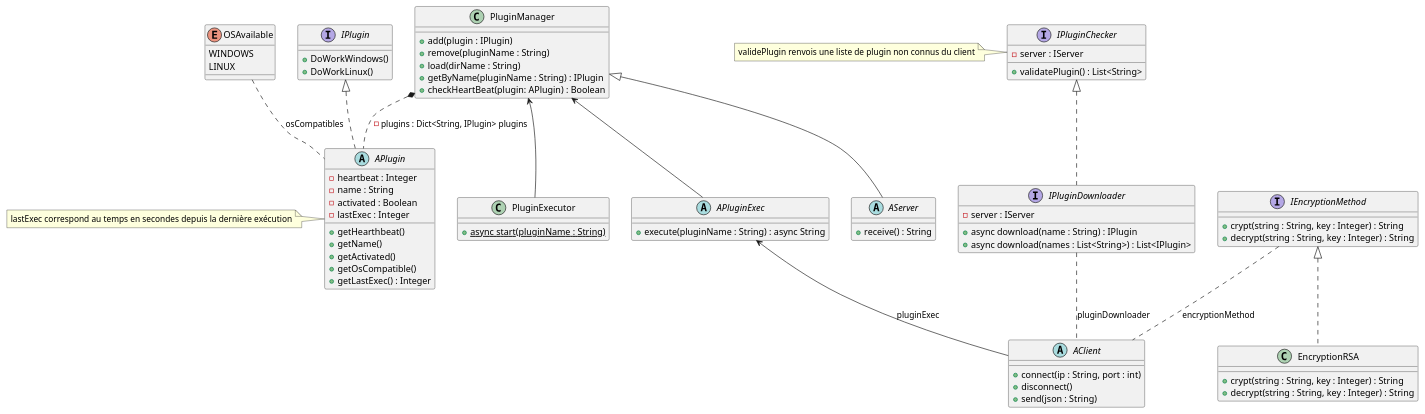
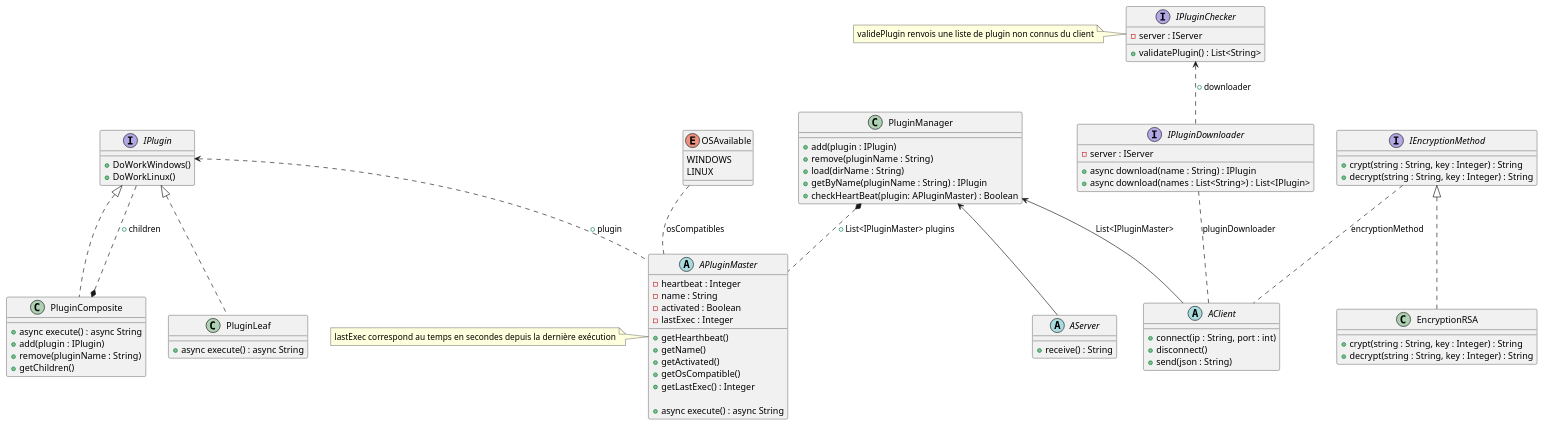
Before and after one commit to rachartier/HAL: the diagram in documents/diagrammeuml.puml, drawn with PlantUML.

Commit message:
modification uml

```diff
--- a/documents/diagrammeuml.puml
+++ b/documents/diagrammeuml.puml
@@ -1,93 +1,105 @@
 @startuml
 
-together {
-interface IPlugin {
-	+DoWorkWindows()	
-	+DoWorkLinux()	
-}
+	abstract AServer {
+		+receive() : String
+	}
 
-abstract APlugin {
-	-heartbeat : Integer
-	-name : String 
-	-activated : Boolean
-	-lastExec : Integer
-
-	+getHearthbeat()
-	+getName()
-	+getActivated()
-	+getOsCompatible()
-	+getLastExec() : Integer
-}
-note left: lastExec correspond au temps en secondes depuis la dernière exécution
-
-class PluginExecutor {
-	+{static} async start(pluginName : String) 
-}
-
-enum OSAvailable {
-	WINDOWS
-	LINUX
-}
-
-class PluginManager {
-	+add(plugin : IPlugin)
-	+remove(pluginName : String)
-	+load(dirName : String)
-	+getByName(pluginName : String) : IPlugin
-	+checkHeartBeat(plugin: APlugin) : Boolean
-}
-}
 abstract AClient {
 	+connect(ip : String, port : int)
 	+disconnect()
 	+send(json : String)
 }
 
-abstract APluginExec {	
-	+execute(pluginName : String) : async String
+together {
+	class PluginManager {
+		+add(plugin : IPlugin)
+		+remove(pluginName : String)
+		+load(dirName : String)
+		+getByName(pluginName : String) : IPlugin
+		+checkHeartBeat(plugin: APluginMaster) : Boolean
+	}
+
+	together {
+
+	enum OSAvailable {
+		WINDOWS
+		LINUX
+	}
+		interface IPlugin {
+			+DoWorkWindows()	
+			+DoWorkLinux()	
+		}
+
+		abstract APluginMaster {
+			-heartbeat : Integer
+			-name : String 
+			-activated : Boolean
+			-lastExec : Integer
+
+			+getHearthbeat()
+			+getName()
+			+getActivated()
+			+getOsCompatible()
+			+getLastExec() : Integer
+
+			+async execute() : async String
+		}
+		note left: lastExec correspond au temps en secondes depuis la dernière exécution
+
+		class PluginComposite {
+			+async execute() : async String
+			+add(plugin : IPlugin)
+			+remove(pluginName : String)
+			+getChildren()
+		}
+
+		class PluginLeaf {
+			+async execute() : async String
+		}
+	}	
 }
 
 interface IPluginDownloader {
 	-server : IServer
 	+async download(name : String) : IPlugin
 	+async download(names : List<String>) : List<IPlugin>
 }
 
 interface IPluginChecker {
 	-server : IServer
 	+validatePlugin() : List<String>
 }
 note left: validePlugin renvois une liste de plugin non connus du client
 
-abstract AServer {
-	+receive() : String
-}
+together {
+	interface IEncryptionMethod {
+		+crypt(string : String, key : Integer) : String 
+		+decrypt(string : String, key : Integer) : String
+	}
 
-interface IEncryptionMethod {
-	+crypt(string : String, key : Integer) : String 
-	+decrypt(string : String, key : Integer) : String
-}
-
-class EncryptionRSA {
-	+crypt(string : String, key : Integer) : String 
-	+decrypt(string : String, key : Integer) : String
+	class EncryptionRSA {
+		+crypt(string : String, key : Integer) : String 
+		+decrypt(string : String, key : Integer) : String
+	}
 }
 
 IPluginDownloader .. AClient : pluginDownloader
 IEncryptionMethod .. AClient : encryptionMethod 
 
-IPlugin <|.. APlugin
-IPluginChecker <|.. IPluginDownloader 
+IPluginChecker <.. IPluginDownloader : +downloader
 
 IEncryptionMethod <|.. EncryptionRSA
 
-PluginManager <|-- AServer
+PluginManager <-- AServer
+PluginManager *.. APluginMaster : +List<IPluginMaster> plugins
 
-PluginManager <-- PluginExecutor
-PluginManager *.. APlugin : -plugins : Dict<String, IPlugin> plugins
+IPlugin <.. APluginMaster : +plugin
+IPlugin <|.. PluginComposite
+IPlugin <|.. PluginLeaf
 
-APluginExec <-- AClient : pluginExec
-PluginManager <-- APluginExec
+PluginComposite *.. IPlugin : +children
 
-OSAvailable .. APlugin : osCompatibles
+PluginManager <-- AClient : List<IPluginMaster>
+
+OSAvailable .. APluginMaster : osCompatibles
 @enduml
```
